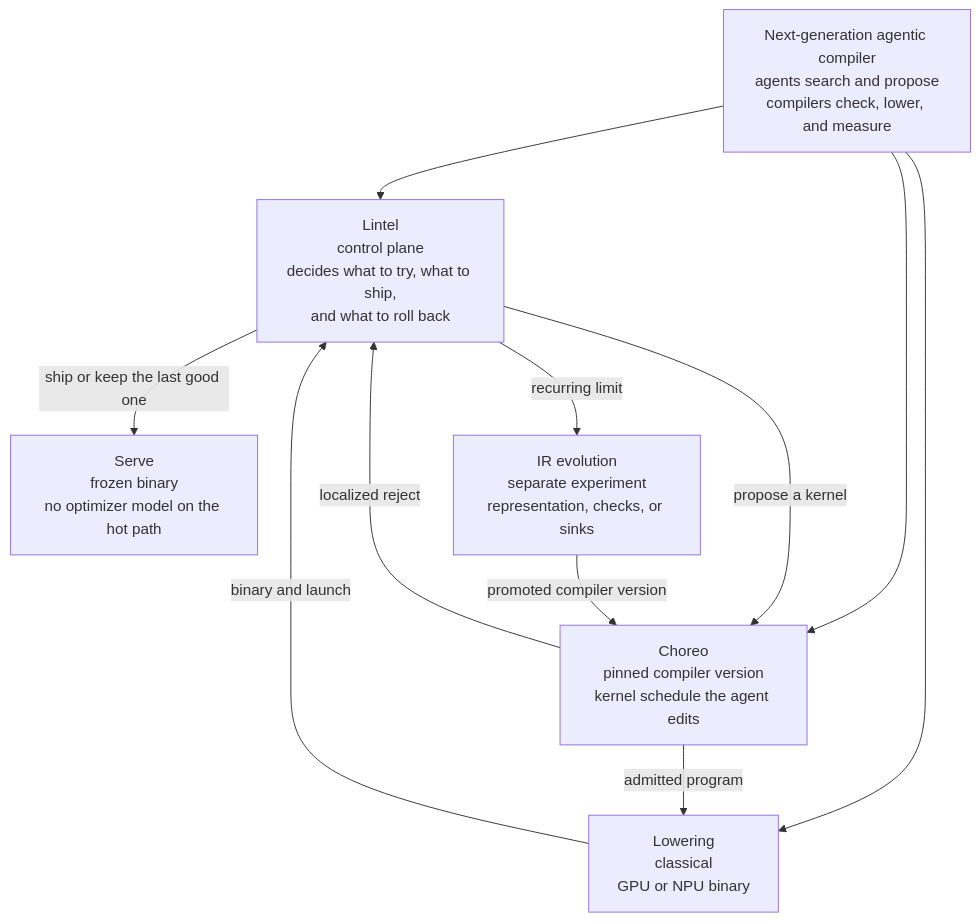
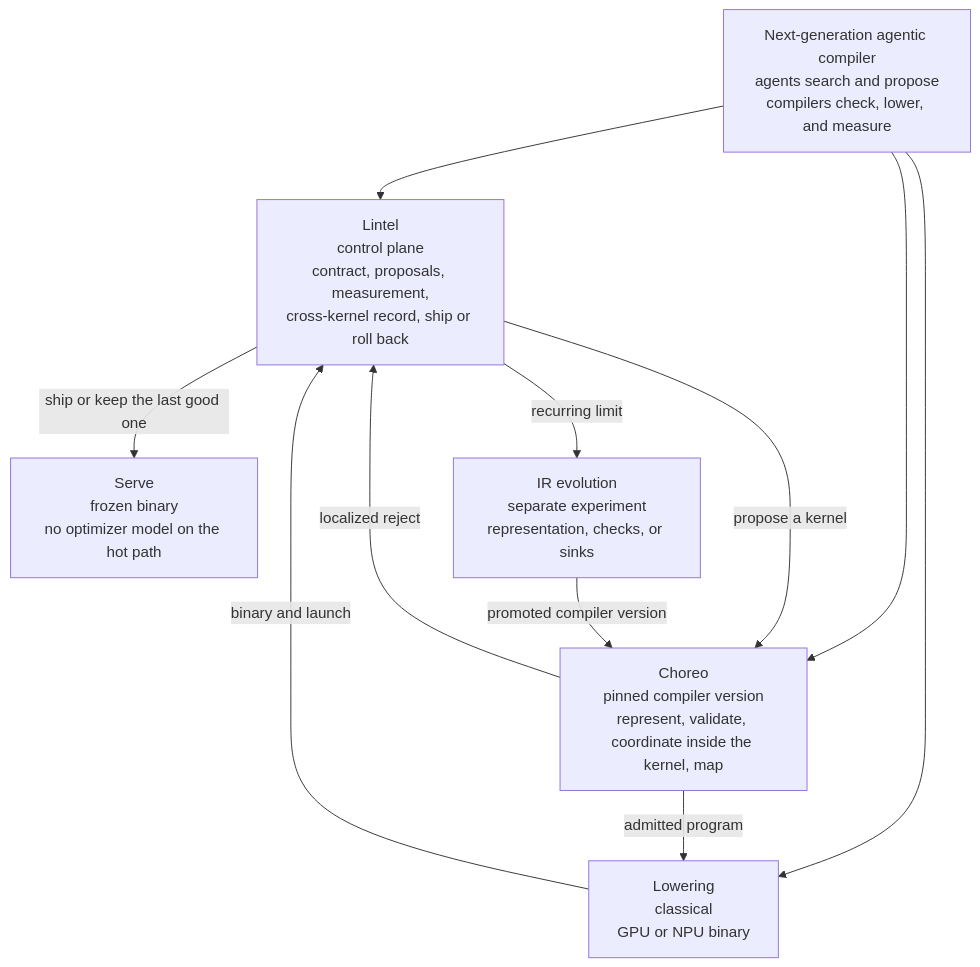
Before and after one commit to zackc6/choreo: the diagram in goals/agentic-compiler.md, drawn with Mermaid. The commit also changed other lines of this file and 7 other files, not shown here.

First line of the commit message:
Assign the five survey functions in the early architecture.

````diff
--- a/goals/agentic-compiler.md
+++ b/goals/agentic-compiler.md
@@ -45,22 +84,22 @@
 ```mermaid
 flowchart TB
   GOAL["Next-generation agentic compiler<br/>agents search and propose<br/>compilers check, lower, and measure"]
 
-  LINTEL["Lintel<br/>control plane<br/>decides what to try, what to ship,<br/>and what to roll back"]
-  CHOREO["Choreo<br/>pinned compiler version<br/>kernel schedule the agent edits"]
+  LINTEL["Lintel<br/>control plane<br/>contract, proposals, measurement,<br/>cross-kernel record, ship or roll back"]
+  CHOREO["Choreo<br/>pinned compiler version<br/>represent, validate, coordinate inside the kernel, map"]
   LOWER["Lowering<br/>classical<br/>GPU or NPU binary"]
   SERVE["Serve<br/>frozen binary<br/>no optimizer model on the hot path"]
   EVOLVE["IR evolution<br/>separate experiment<br/>representation, checks, or sinks"]
 
   GOAL --> LINTEL
   GOAL --> CHOREO
   GOAL --> LOWER
 
   LINTEL -->|"propose a kernel"| CHOREO
   CHOREO -->|"localized reject"| LINTEL
   CHOREO -->|"admitted program"| LOWER
   LOWER -->|"binary and launch"| LINTEL
   LINTEL -->|"ship or keep the last good one"| SERVE
   LINTEL -->|"recurring limit"| EVOLVE
   EVOLVE -->|"promoted compiler version"| CHOREO
 ```
````
